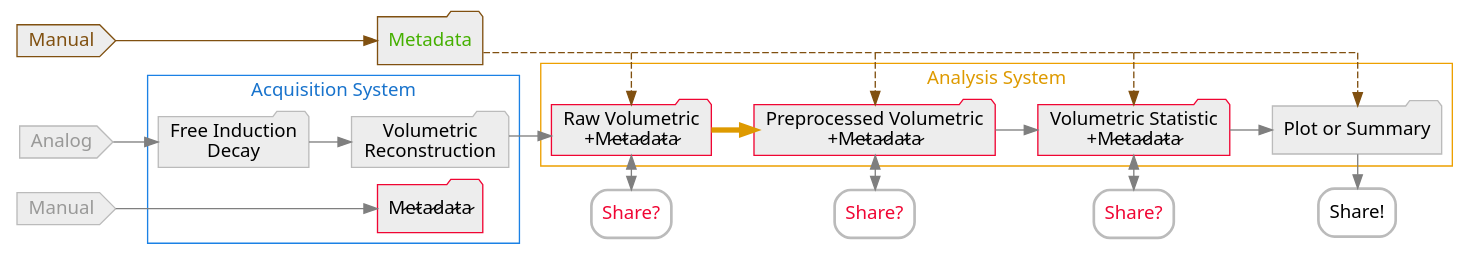
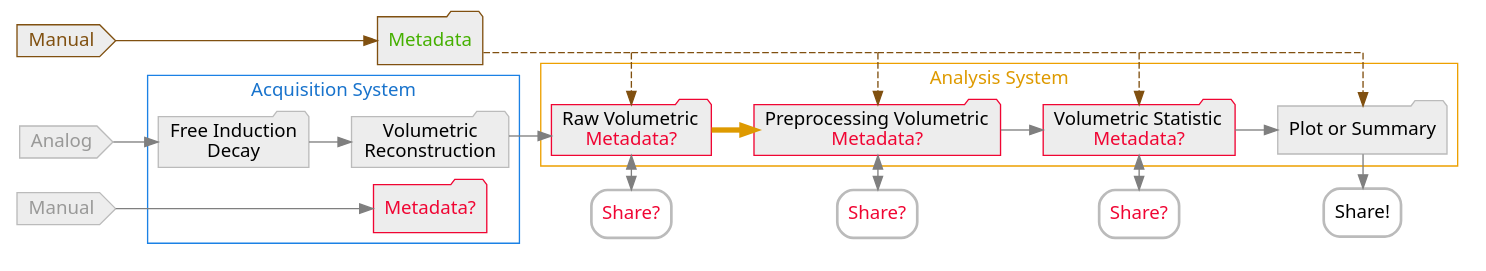
Before and after one commit to Jimmy2027/mlebe_RepSep: the diagram in data/metadata_bad.dot, drawn with Graphviz. The commit also changed 1 other file, not shown here.

Commit message:
Updated bad metadata highlighting

```diff
--- a/data/metadata_bad.dot
+++ b/data/metadata_bad.dot
@@ -1,68 +1,68 @@
 digraph graphname {
     newrank = true;
     size="26,12";
     rankdir="LR";
     graph [splines=ortho, fontname="sans", pad="0.07", nodesep="0.175", ranksep="0.45"];
     node [fontname = "sans", style=filled];
     edge [fontname = "sans", color=gray50];
     d_[label=<<FONT COLOR="#F00533">Share?</FONT>>, style="bold, rounded", color="#BBBBBB", shape="box"];
     e_[label=<<FONT COLOR="#F00533">Share?</FONT>>, style="bold, rounded", color="#BBBBBB", shape="box"];
     f_[label=<<FONT COLOR="#F00533">Share?</FONT>>, style="bold, rounded", color="#BBBBBB", shape="box"];
     g_[label="Share!", style="bold, rounded", color="#BBBBBB", shape="box"];
     a[label="Analog  ", shape=cds, color="#BBBBBB", fillcolor=grey93, fontcolor="#999998"];
     b[label="Free Induction\nDecay", shape=folder, color="#BBBBBB", fillcolor=grey93];
     c[label="Volumetric\nReconstruction", shape=folder, color="#BBBBBB", fillcolor=grey93];
-    d[label="Raw Volumetric\n +M̷e̷t̷a̷d̷a̷t̷a̷", shape=folder, color="#F00533", fillcolor=grey93];
-    e[label="Preprocessed Volumetric\n +M̷e̷t̷a̷d̷a̷t̷a̷", shape=folder, color="#F00533", fillcolor=grey93];
-    f[label="Volumetric Statistic\n +M̷e̷t̷a̷d̷a̷t̷a̷", shape=folder, color="#F00533", fillcolor=grey93];
+    d[label=<Raw Volumetric<BR/><FONT COLOR="#F00533">Metadata?</FONT>>, shape=folder, color="#F00533", fillcolor=grey93];
+    e[label=<Preprocessing Volumetric<BR/><FONT COLOR="#F00533">Metadata?</FONT>>, shape=folder, color="#F00533", fillcolor=grey93];
+    f[label=<Volumetric Statistic<BR/><FONT COLOR="#F00533">Metadata?</FONT>>, shape=folder, color="#F00533", fillcolor=grey93];
     g[label="Plot or Summary", shape=folder, color="#BBBBBB", fillcolor=grey93];
     m0[label="Manual  ", shape=cds, color="#BBBBBB", fillcolor=grey93, fontcolor="#999998"];
-    m1[label="M̷e̷t̷a̷d̷a̷t̷a̷", shape=folder, color="#F00533", fillcolor=grey93];
+    m1[label=<<FONT COLOR="#F00533">Metadata?</FONT>>, shape=folder, color="#F00533", fillcolor=grey93];
     m_bad[
         label=<<FONT COLOR="#45B000">Metadata</FONT>>,
         shape=folder, color="#805010", fillcolor=grey93,
         ];
     m0_bad[label="Manual  ", shape=cds, color="#805010", fillcolor=grey93, fontcolor="#805010"];
     d_branch[label = "d_branch", style = invis, shape=point, width=.0]
     e_branch[label = "e_branch", style = invis, shape=point, width=.0]
     f_branch[label = "f_branch", style = invis, shape=point, width=.0]
     g_branch[label = "g_branch", style = invis, shape=point, width=.0]
     
     m0 -> m1 ;
     m0_bad -> m_bad[color="#805010"];
     m_bad:e -> d_branch[color="#805010", arrowhead=none, style=dashed];
     d_branch -> d:n[color="#805010", style=dashed];
     d_branch -> e_branch[color="#805010", arrowhead=none, style=dashed];
     e_branch -> e:n[color="#805010", style=dashed];
     e_branch -> f_branch[color="#805010", arrowhead=none, style=dashed];
     f_branch -> f:n[color="#805010", style=dashed];
     f_branch -> g_branch[color="#805010", arrowhead=none, style=dashed];
     g_branch -> g:n[color="#805010", style=dashed];
     a -> b ;
     subgraph cluster1 {
         b -> c ;
         m1;
         label = "Acquisition System";
         fontcolor = "#1873cc";
         color = "#1b81e5";
     }
     c -> d:w ;
     subgraph cluster2 {
         d -> e [arrowsize=0.9, penwidth=4, color="#DE9A00"];
         e -> f ;
         f -> g ;
         label = "Analysis System";
         fontcolor = "#DE9A00";
         color = "#EDA000";
     }
     d -> d_ [dir=both, minlen=2];
     e -> e_ [dir=both, minlen=2];
     f -> f_ [dir=both, minlen=2];
     g -> g_ [minlen=2];
     {rank=same; a; m0; m0_bad}
     {rank=same; c; m1; m_bad}
     {rank=same; d; d_; d_branch}
     {rank=same; e; e_; e_branch}
     {rank=same; f; f_; f_branch}
     {rank=same; g; g_; g_branch}
 }
```
